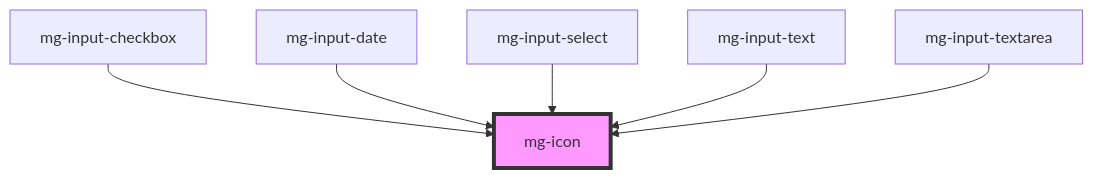
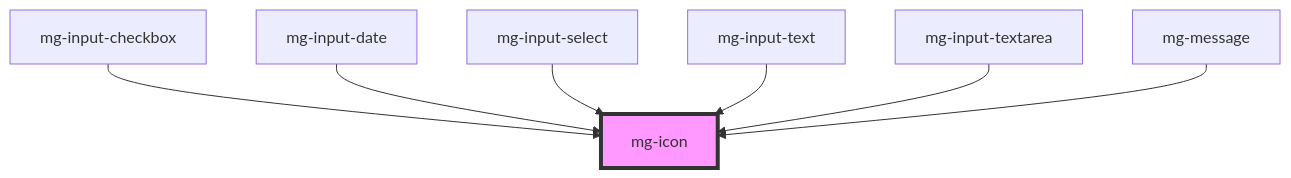
One commit to MGDIS/mg-components changed the diagram in src/components/atoms/mg-icon/readme.md. Above: the diagram before and after it, drawn with Mermaid. The commit also changed other lines of this file and 13 other files, not shown here.

````diff
--- a/src/components/atoms/mg-icon/readme.md
+++ b/src/components/atoms/mg-icon/readme.md
@@ -27,9 +28,10 @@
 ```mermaid
 graph TD;
   mg-input-checkbox --> mg-icon
   mg-input-date --> mg-icon
   mg-input-select --> mg-icon
   mg-input-text --> mg-icon
   mg-input-textarea --> mg-icon
+  mg-message --> mg-icon
   style mg-icon fill:#f9f,stroke:#333,stroke-width:4px
 ```
````
